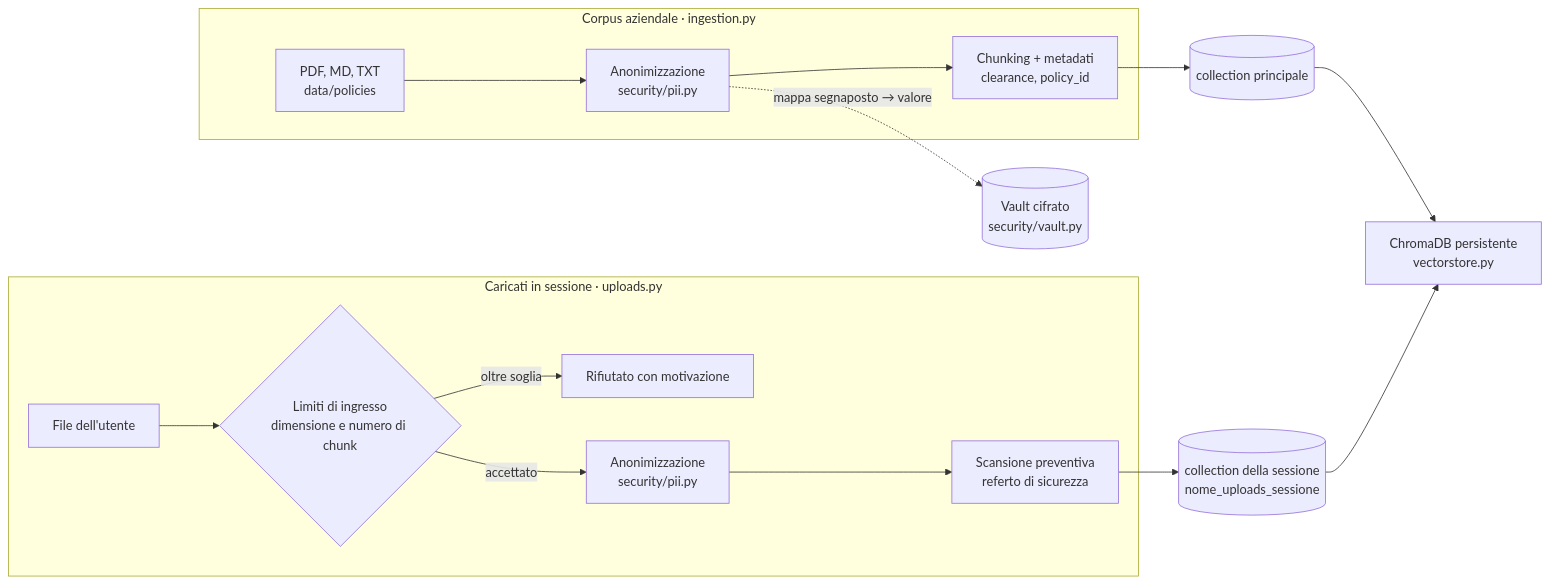
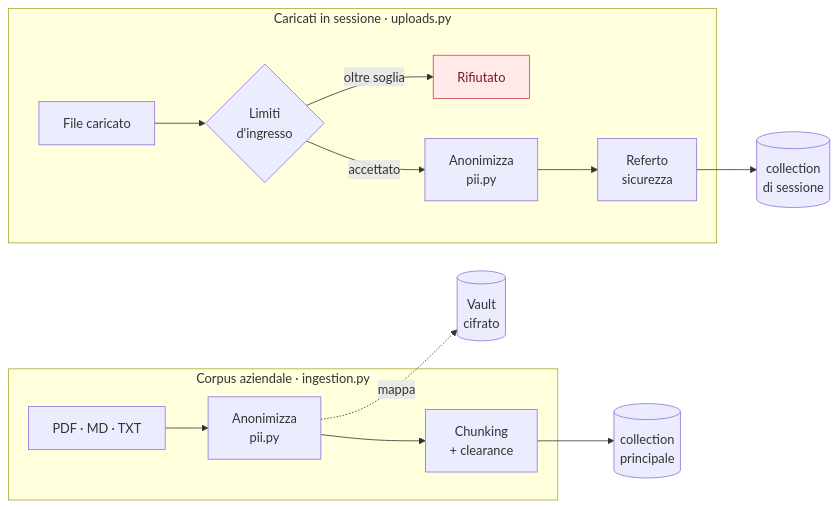
One commit to filipposemilia/secure-insurance-rag-ai changed the first of 2 diagrams in docs/ARCHITECTURE.md. Above: the diagram before and after it, drawn with Mermaid. The commit also changed other lines of this file and 1 other file, not shown here.

First line of the commit message:
Rende i diagrammi leggibili nel contenitore di GitHub

````diff
--- a/docs/ARCHITECTURE.md
+++ b/docs/ARCHITECTURE.md
@@ -15,21 +15,21 @@
 ```mermaid
 flowchart LR
     subgraph CORPUS["Corpus aziendale · ingestion.py"]
-        A[PDF, MD, TXT<br/>data/policies] --> B[Anonimizzazione<br/>security/pii.py]
-        B --> C[Chunking + metadati<br/>clearance, policy_id]
+        A["PDF · MD · TXT"] --> B["Anonimizza<br/>pii.py"]
+        B --> C["Chunking<br/>+ clearance"]
     end
 
     subgraph UP["Caricati in sessione · uploads.py"]
-        D[File dell'utente] --> E{"Limiti di ingresso<br/>dimensione e numero di chunk"}
-        E -->|oltre soglia| F[Rifiutato con motivazione]
-        E -->|accettato| G[Anonimizzazione<br/>security/pii.py]
-        G --> H[Scansione preventiva<br/>referto di sicurezza]
+        D["File caricato"] --> E{"Limiti<br/>d'ingresso"}
+        E -->|oltre soglia| F["Rifiutato"]
+        E -->|accettato| G["Anonimizza<br/>pii.py"]
+        G --> H["Referto<br/>sicurezza"]
     end
 
-    C --> I[(collection principale)]
-    H --> J[(collection della sessione<br/>nome_uploads_sessione)]
-    B -.->|mappa segnaposto → valore| K[(Vault cifrato<br/>security/vault.py)]
+    C --> I[("collection<br/>principale")]
+    H --> J[("collection<br/>di sessione")]
+    B -.->|mappa| K[("Vault<br/>cifrato")]
 
-    I --> L[ChromaDB persistente<br/>vectorstore.py]
-    J --> L
+    classDef stop fill:#ffe9e9,stroke:#d1424f,color:#7d1420
+    class F stop
 ```
````
